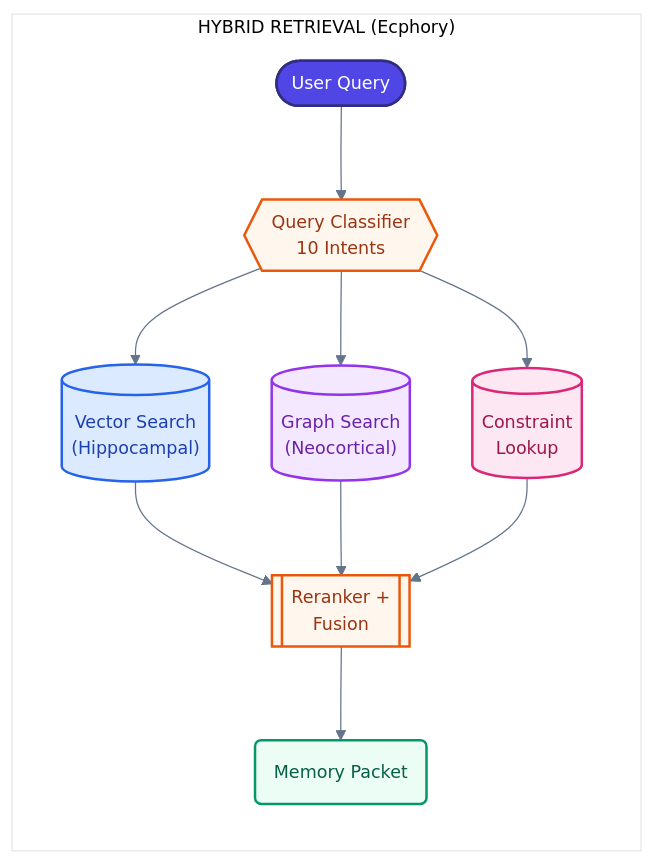
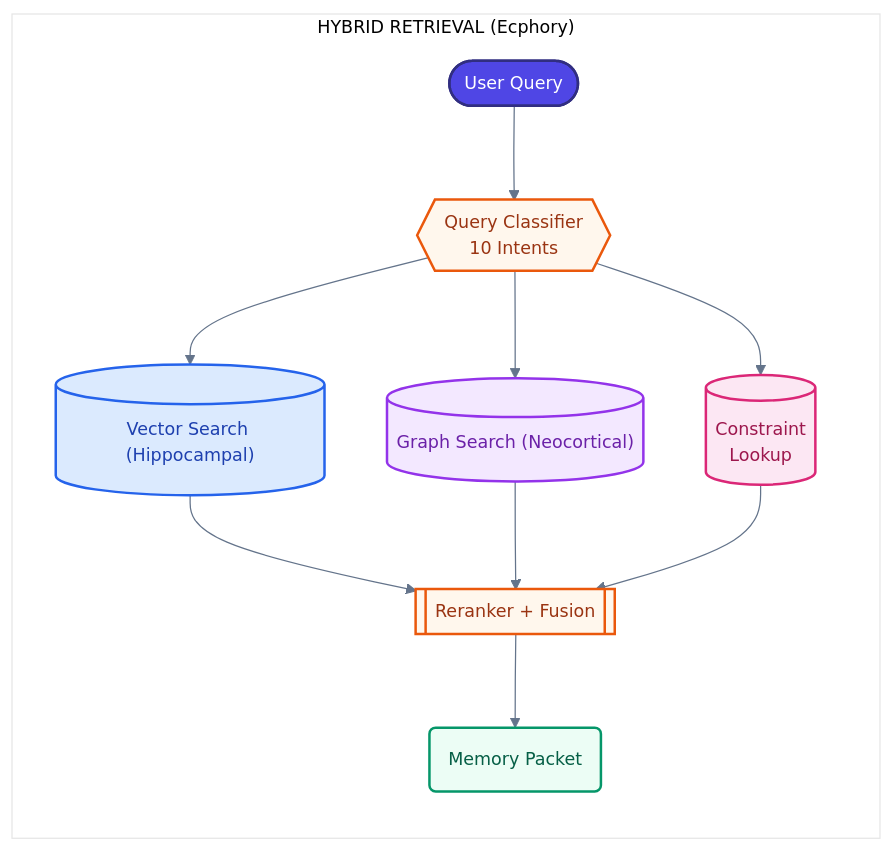
One commit to avinash-mall/CognitiveMemoryLayer changed the seventh of 11 diagrams in README.md. Above: the diagram before and after it, drawn with Mermaid. The commit also changed other lines of this file, not shown here.

Commit message:
fix logic and performance

````diff
--- a/README.md
+++ b/README.md
@@ -442,40 +442,40 @@
 ```mermaid
 %%{
   init: {
     'theme': 'base',
     'flowchart': { 'useMaxWidth': true },
     'themeVariables': {
       'primaryColor': '#F1F5F9',
       'primaryTextColor': '#334155',
       'primaryBorderColor': '#94a3b8',
       'lineColor': '#64748B',
       'fontSize': '14px'
     }
   }
 }%%
 flowchart TD
     classDef input fill:#4F46E5,stroke:#312E81,color:#fff,stroke-width:2px
     classDef logic fill:#FFF7ED,stroke:#EA580C,stroke-width:2px,color:#9A3412
     classDef hippo fill:#dbeafe,stroke:#2563eb,stroke-width:2px,color:#1e40af
     classDef neo fill:#f3e8ff,stroke:#9333ea,stroke-width:2px,color:#6b21a8
     classDef constraint fill:#fce7f3,stroke:#db2777,stroke-width:2px,color:#9d174d
     classDef result fill:#ecfdf5,stroke:#059669,stroke-width:2px,color:#065f46
 
     subgraph Retrieval ["HYBRID RETRIEVAL (Ecphory)"]
         direction TB
         Query([User Query]):::input
         Class{{Query Classifier\n10 Intents}}:::logic
-        Vector[("Vector Search\n(Hippocampal)")]:::hippo
-        Graph[("Graph Search\n(Neocortical)")]:::neo
+        Vector[("Vector Search (Hippocampal)")]:::hippo
+        Graph[("Graph Search (Neocortical)")]:::neo
         Constraints[("Constraint\nLookup")]:::constraint
-        Rerank[[Reranker +\nFusion]]:::logic
+        Rerank[["Reranker + Fusion"]]:::logic
         Packet(Memory Packet):::result
 
         Query --> Class
         Class --> Vector
         Class --> Graph
         Class --> Constraints
         Vector & Graph & Constraints --> Rerank
         Rerank --> Packet
     end
 ```
````
